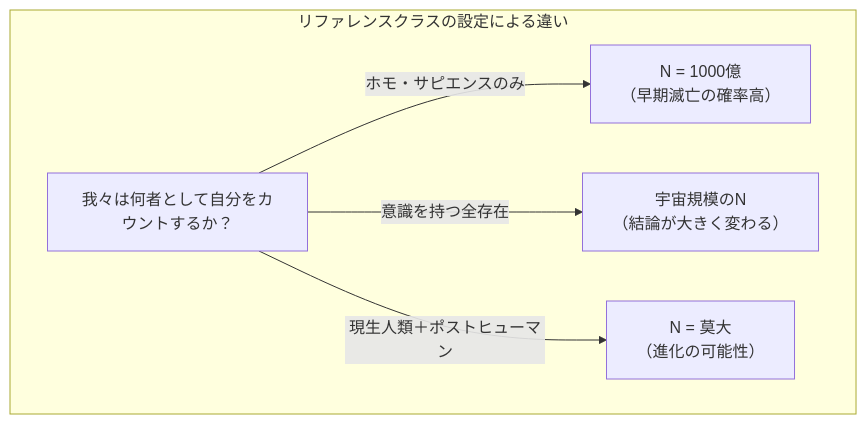
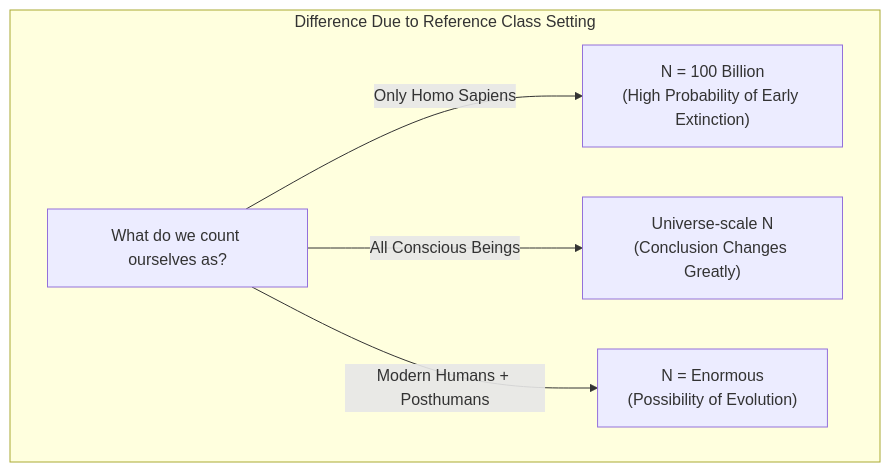
Before and after one commit to kenjinote/blog: the fifth of 5 diagrams in content/post/doomsday-argument/index.en.md, drawn with Mermaid. The commit also changed other lines of this file and 28 other files, not shown here.

Commit message:
Translate Japanese text inside Mermaid diagrams to respective languages

````diff
--- a/content/post/doomsday-argument/index.en.md
+++ b/content/post/doomsday-argument/index.en.md
@@ -188,8 +188,8 @@
 ```mermaid
 graph TD
-    subgraph "リファレンスクラスの設定による違い"
-        A["我々は何者として自分をカウントするか？"] -->|"ホモ・サピエンスのみ"| B["N = 1000億\n（早期滅亡の確率高）"]
-        A -->|"意識を持つ全存在"| C["宇宙規模のN\n（結論が大きく変わる）"]
-        A -->|"現生人類＋ポストヒューマン"| D["N = 莫大\n（進化の可能性）"]
+    subgraph "Difference Due to Reference Class Setting"
+        A["What do we count ourselves as?"] -->|"Only Homo Sapiens"| B["N = 100 Billion\n(High Probability of Early Extinction)"]
+        A -->|"All Conscious Beings"| C["Universe-scale N\n(Conclusion Changes Greatly)"]
+        A -->|"Modern Humans + Posthumans"| D["N = Enormous\n(Possibility of Evolution)"]
     end
 ```
````
